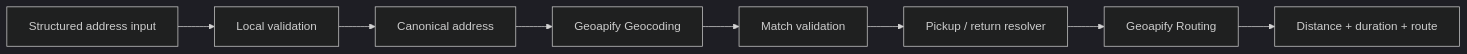
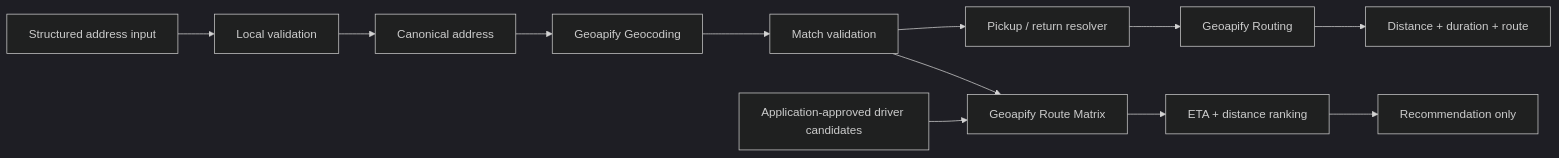
Before and after one commit to MudherAhmad/car-care-geo: the first of 2 diagrams in README.md, drawn with Mermaid (dark theme). The commit also changed other lines of this file and 7 other files, not shown here.

Commit message:
feat: add reproducible Route Matrix driver ranking

````diff
--- a/README.md
+++ b/README.md
@@ -46,10 +48,15 @@
 ```mermaid
 flowchart LR
     A[Structured address input] --> B[Local validation]
     B --> C[Canonical address]
     C --> D[Geoapify Geocoding]
     D --> E[Match validation]
     E --> F[Pickup / return resolver]
     F --> G[Geoapify Routing]
     G --> H[Distance + duration + route]
+
+    I[Application-approved driver candidates] --> J[Geoapify Route Matrix]
+    E --> J
+    J --> K[ETA + distance ranking]
+    K --> L[Recommendation only]
 ```
````
